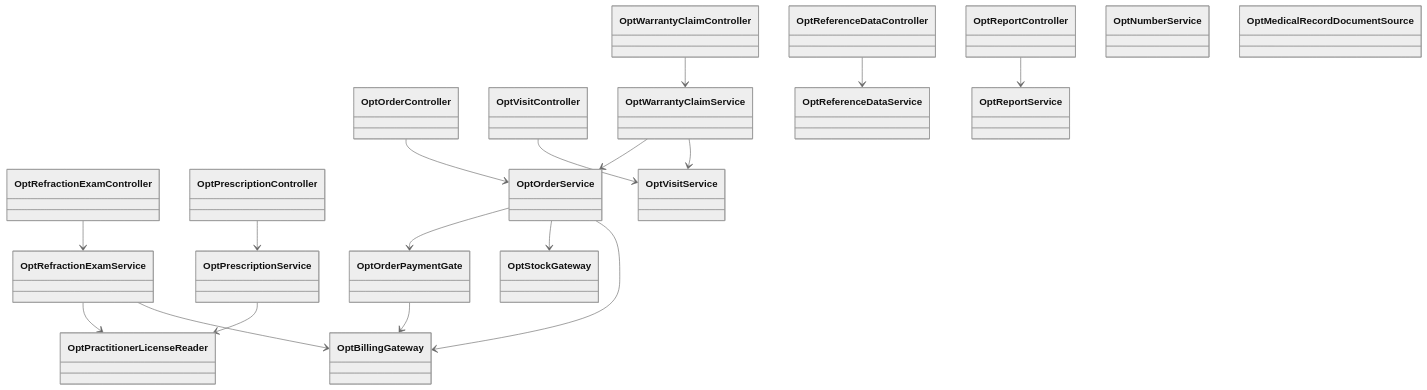
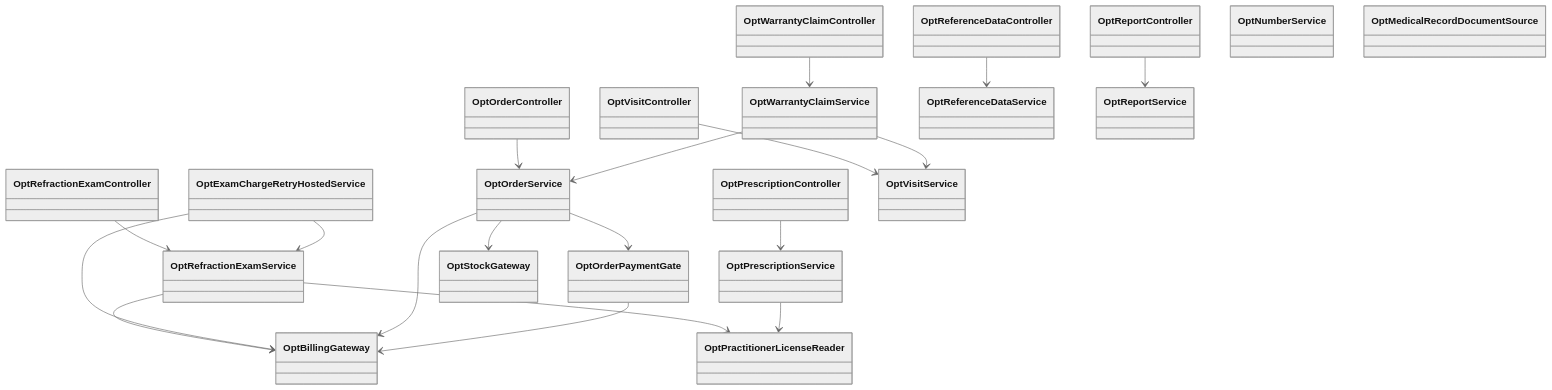
One commit to DevBenari/NewQuilvianSystemBackend changed the fourth of 4 diagrams in docs/module-blueprints/optik/02-backend-architecture.md. Above: the diagram before and after it, drawn with Mermaid (neutral theme). The commit also changed other lines of this file and 50 other files, not shown here.

````diff
--- a/docs/module-blueprints/optik/02-backend-architecture.md
+++ b/docs/module-blueprints/optik/02-backend-architecture.md
@@ -221,39 +224,42 @@
 ```mermaid
 classDiagram
     class OptRefractionExamController
     class OptPrescriptionController
     class OptOrderController
     class OptWarrantyClaimController
     class OptVisitController
     class OptReferenceDataController
     class OptReportController
     class OptRefractionExamService
     class OptPrescriptionService
     class OptOrderService
     class OptOrderPaymentGate
     class OptStockGateway
     class OptBillingGateway
+    class OptExamChargeRetryHostedService
     class OptWarrantyClaimService
     class OptVisitService
     class OptPractitionerLicenseReader
     class OptNumberService
     class OptReferenceDataService
     class OptReportService
     class OptMedicalRecordDocumentSource
     OptRefractionExamController --> OptRefractionExamService
     OptPrescriptionController --> OptPrescriptionService
     OptOrderController --> OptOrderService
     OptWarrantyClaimController --> OptWarrantyClaimService
     OptVisitController --> OptVisitService
     OptReferenceDataController --> OptReferenceDataService
     OptReportController --> OptReportService
     OptRefractionExamService --> OptPractitionerLicenseReader
     OptRefractionExamService --> OptBillingGateway
+    OptExamChargeRetryHostedService --> OptRefractionExamService
+    OptExamChargeRetryHostedService --> OptBillingGateway
     OptPrescriptionService --> OptPractitionerLicenseReader
     OptOrderService --> OptOrderPaymentGate
     OptOrderService --> OptStockGateway
     OptOrderService --> OptBillingGateway
     OptWarrantyClaimService --> OptOrderService
     OptWarrantyClaimService --> OptVisitService
     OptOrderPaymentGate --> OptBillingGateway
 ```
````
